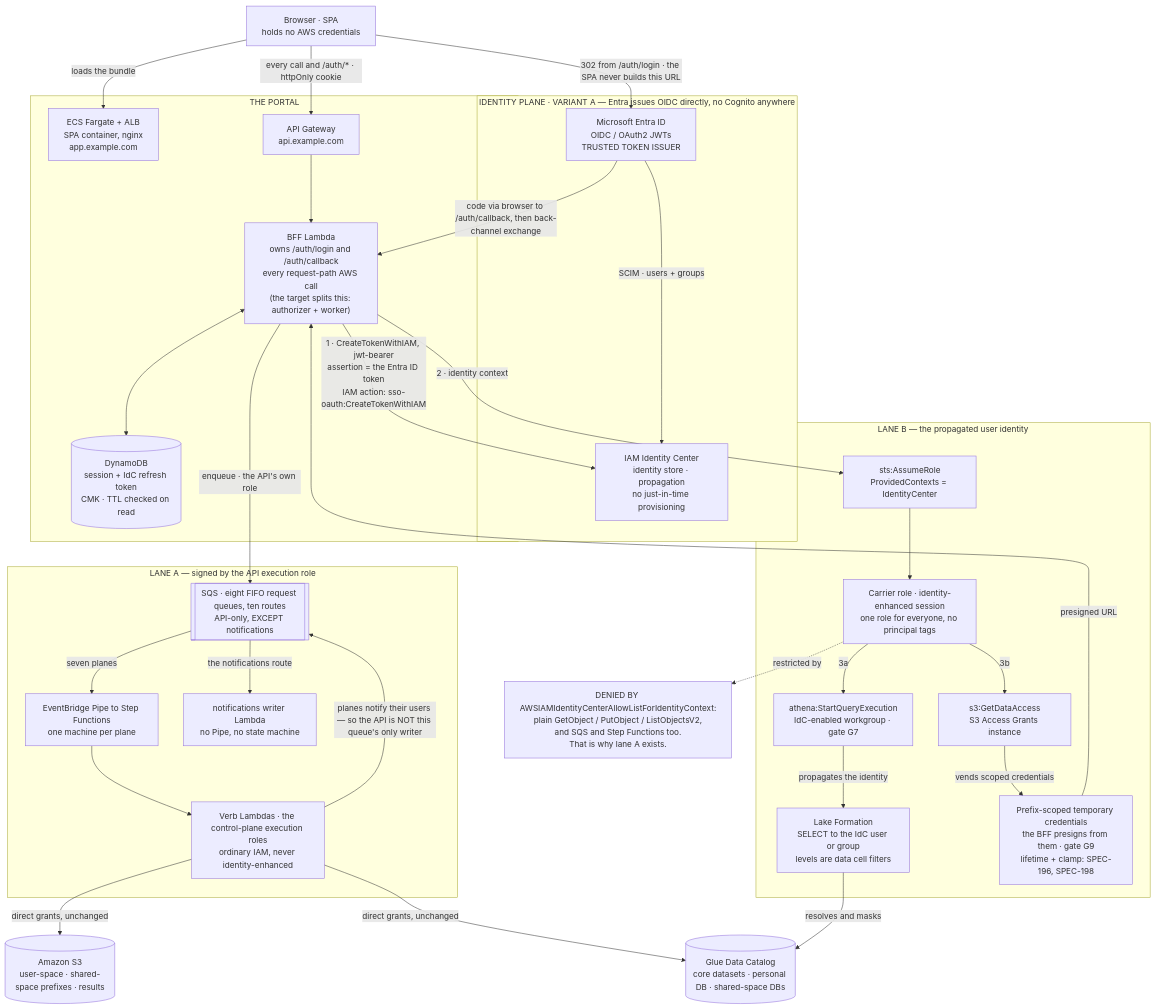
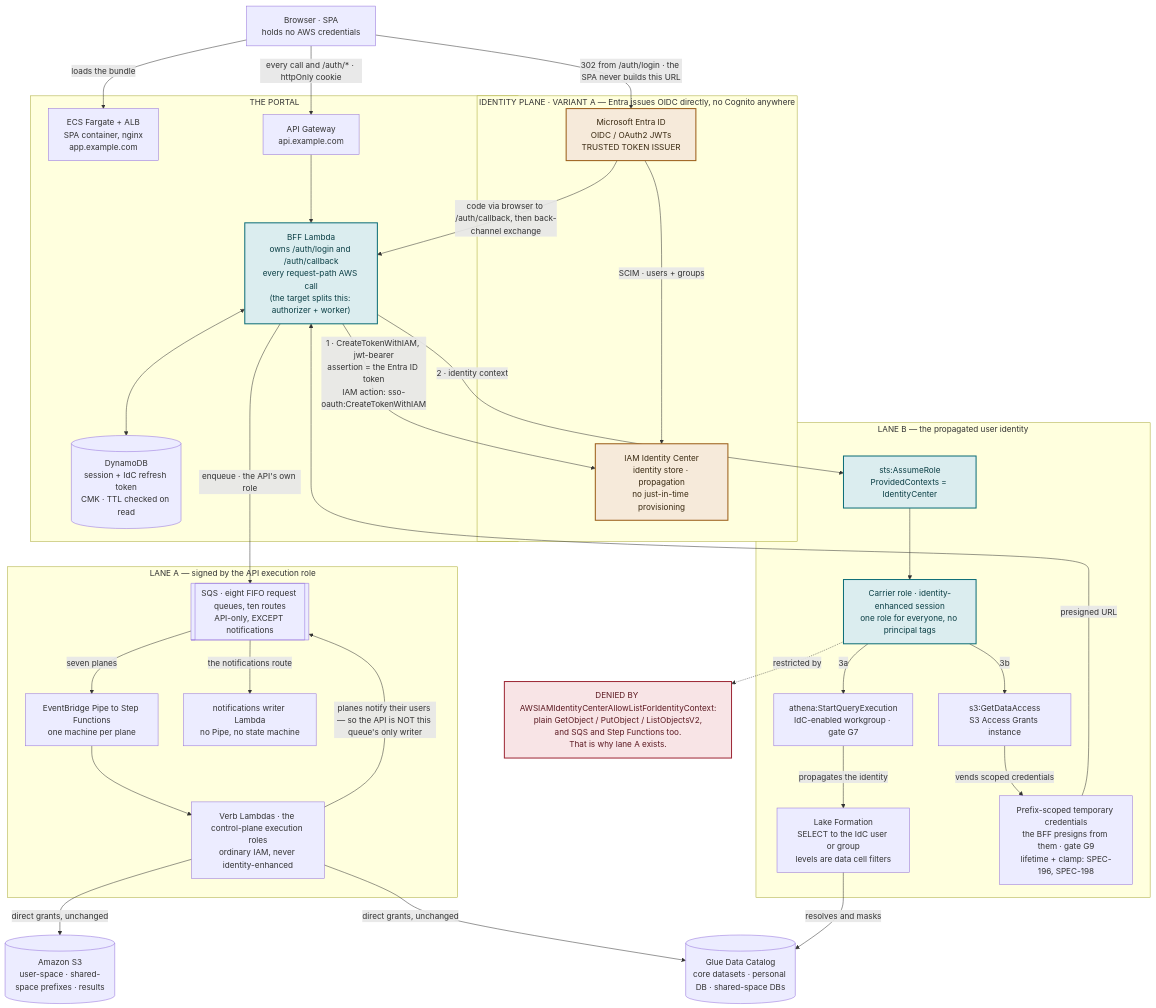
Before and after one commit to agriffi10/data-analysis-prototype: the first of 3 diagrams in docs/target-architecture-variants.md, drawn with Mermaid. The commit also changed other lines of this file, not shown here.

Commit message:
Give the diagrams a palette that means something (#474)

````diff
--- a/docs/target-architecture-variants.md
+++ b/docs/target-architecture-variants.md
@@ -81,58 +86,65 @@
 ```mermaid
 flowchart TB
   BR["Browser · SPA<br/>holds no AWS credentials"]
 
   subgraph IDPLANE["IDENTITY PLANE · VARIANT A — Entra issues OIDC directly, no Cognito anywhere"]
     ENTRA["Microsoft Entra ID<br/>OIDC / OAuth2 JWTs<br/>TRUSTED TOKEN ISSUER"]
     IDC["IAM Identity Center<br/>identity store · propagation<br/>no just-in-time provisioning"]
     ENTRA -->|"SCIM · users + groups"| IDC
   end
 
   subgraph PORTAL["THE PORTAL"]
     SPA["ECS Fargate + ALB<br/>SPA container, nginx<br/>app.example.com"]
     APIGW["API Gateway<br/>api.example.com"]
     BFF["BFF Lambda<br/>owns /auth/login and /auth/callback<br/>every request-path AWS call<br/>(the target splits this: authorizer + worker)"]
     DDB[("DynamoDB<br/>session + IdC refresh token<br/>CMK · TTL checked on read")]
   end
 
   subgraph LANEA["LANE A — signed by the API execution role"]
     SQS[["SQS · eight FIFO request queues, ten routes<br/>API-only, EXCEPT notifications"]]
     PIPE["EventBridge Pipe to Step Functions<br/>one machine per plane"]
     VERBS["Verb Lambdas · the control-plane execution roles<br/>ordinary IAM, never identity-enhanced"]
     NOTIFW["notifications writer Lambda<br/>no Pipe, no state machine"]
   end
 
   subgraph LANEB["LANE B — the propagated user identity"]
     STS["sts:AssumeRole<br/>ProvidedContexts = IdentityCenter"]
     CARRIER["Carrier role · identity-enhanced session<br/>one role for everyone, no principal tags"]
     ATHENA["athena:StartQueryExecution<br/>IdC-enabled workgroup · gate G7"]
     LF["Lake Formation<br/>SELECT to the IdC user or group<br/>levels are data cell filters"]
     AG["s3:GetDataAccess<br/>S3 Access Grants instance"]
     CREDS["Prefix-scoped temporary credentials<br/>the BFF presigns from them · gate G9<br/>lifetime + clamp: SPEC-196, SPEC-198"]
   end
 
   DENY["DENIED BY AWSIAMIdentityCenterAllowListForIdentityContext:<br/>plain GetObject / PutObject / ListObjectsV2,<br/>and SQS and Step Functions too.<br/>That is why lane A exists."]
 
   GLUE[("Glue Data Catalog<br/>core datasets · personal DB · shared-space DBs")]
   S3[("Amazon S3<br/>user-space · shared-space prefixes · results")]
 
   BR -->|"302 from /auth/login · the SPA never builds this URL"| ENTRA
   ENTRA -->|"code via browser to /auth/callback, then back-channel exchange"| BFF
   BR -->|"loads the bundle"| SPA
   BR -->|"every call and /auth/* · httpOnly cookie"| APIGW
   APIGW --> BFF
   BFF <--> DDB
   BFF -->|"1 · CreateTokenWithIAM, jwt-bearer<br/>assertion = the Entra ID token<br/>IAM action: sso-oauth:CreateTokenWithIAM"| IDC
 
   BFF -->|"enqueue · the API's own role"| SQS
   SQS -->|"seven planes"| PIPE --> VERBS
   SQS -->|"the notifications route"| NOTIFW
   VERBS -->|"direct grants, unchanged"| S3
   VERBS -->|"direct grants, unchanged"| GLUE
   VERBS -->|"planes notify their users — so the API is NOT this queue's only writer"| SQS
 
   BFF -->|"2 · identity context"| STS --> CARRIER
   CARRIER -.->|"restricted by"| DENY
   CARRIER -->|"3a"| ATHENA -->|"propagates the identity"| LF -->|"resolves and masks"| GLUE
   CARRIER -->|"3b"| AG -->|"vends scoped credentials"| CREDS -->|"presigned URL"| BFF
+
+  classDef variant fill:#F6EADA,stroke:#9B5D18,stroke-width:2px,color:#3A2A12
+  classDef session fill:#DBEDEF,stroke:#0E6E78,stroke-width:2px,color:#0B3F45
+  classDef deny fill:#F8E4E6,stroke:#9E2937,stroke-width:2px,color:#5C1A22
+  class ENTRA,IDC variant
+  class BFF,STS,CARRIER session
+  class DENY deny
 ```
````
